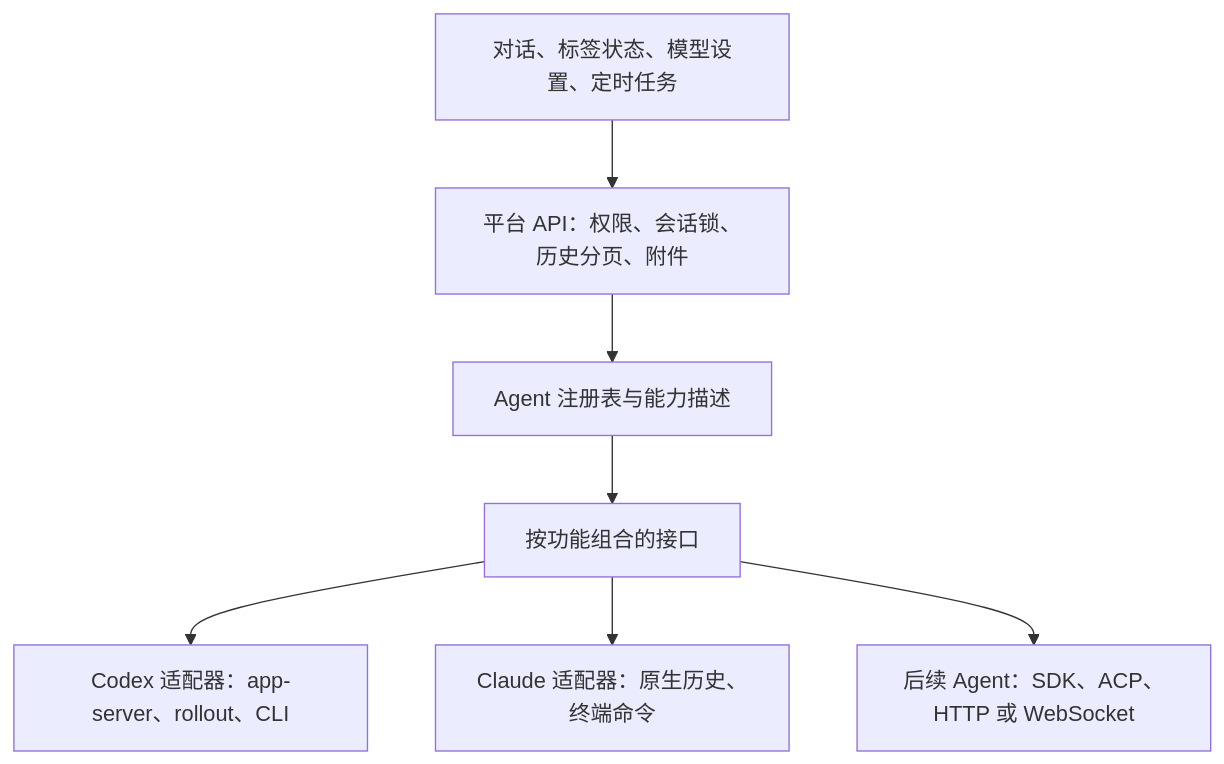
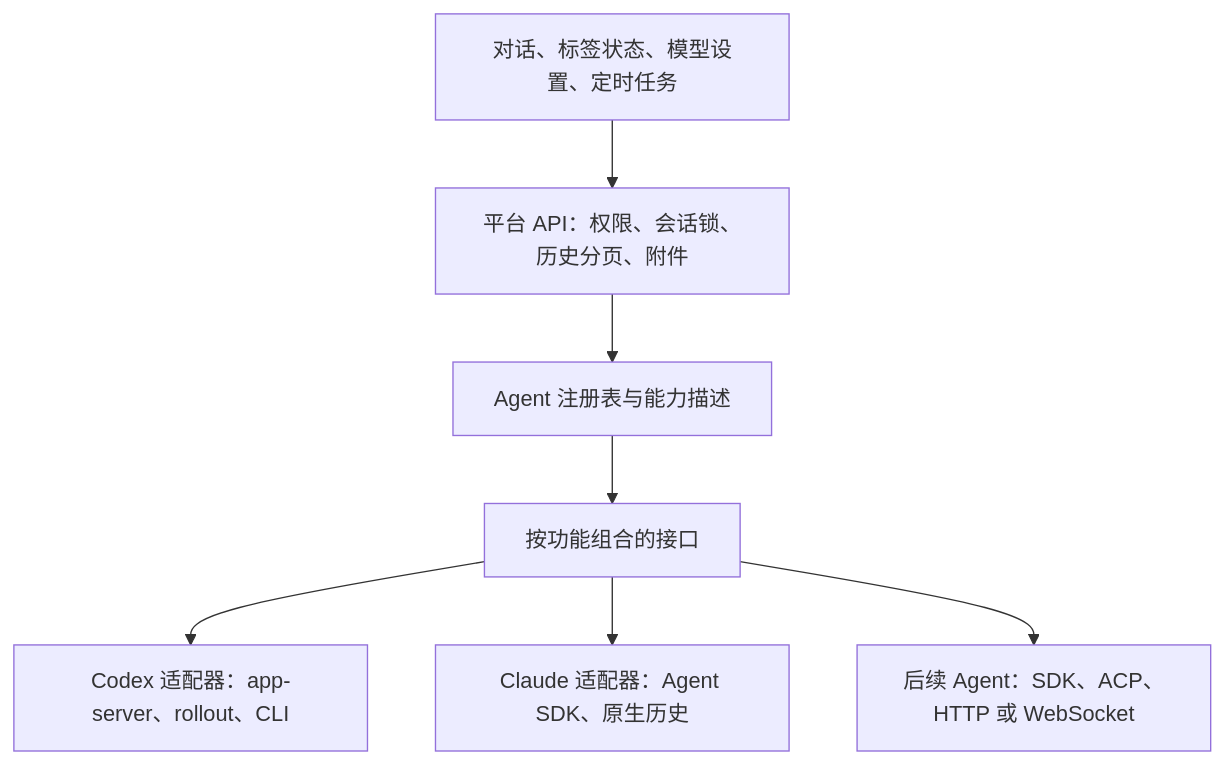
The diagram in docs/agent-abstraction.md (Poeagle/agentManager), drawn with Mermaid before and after one commit. The commit also changed other lines of this file and 57 other files, not shown here.

````diff
--- a/docs/agent-abstraction.md
+++ b/docs/agent-abstraction.md
@@ -6,9 +6,9 @@
 ```mermaid
 flowchart TB
   UI[对话、标签状态、模型设置、定时任务] --> API[平台 API：权限、会话锁、历史分页、附件]
   API --> Registry[Agent 注册表与能力描述]
   Registry --> Ports[按功能组合的接口]
   Ports --> Codex[Codex 适配器：app-server、rollout、CLI]
-  Ports --> Claude[Claude 适配器：原生历史、终端命令]
+  Ports --> Claude[Claude 适配器：Agent SDK、原生历史]
   Ports --> Remote[后续 Agent：SDK、ACP、HTTP 或 WebSocket]
 ```
````
